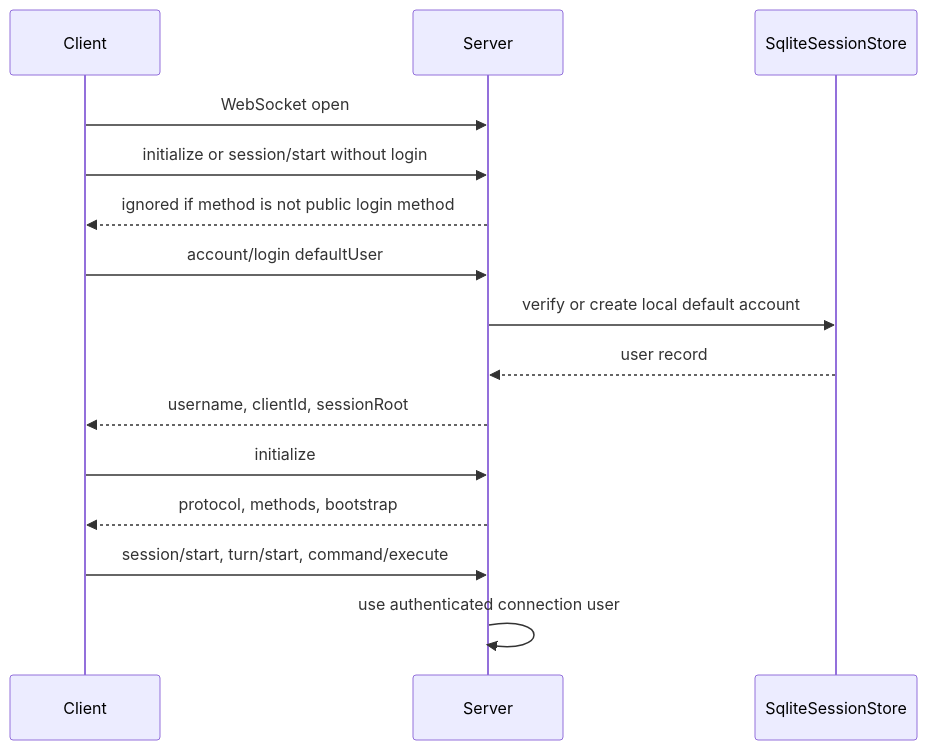
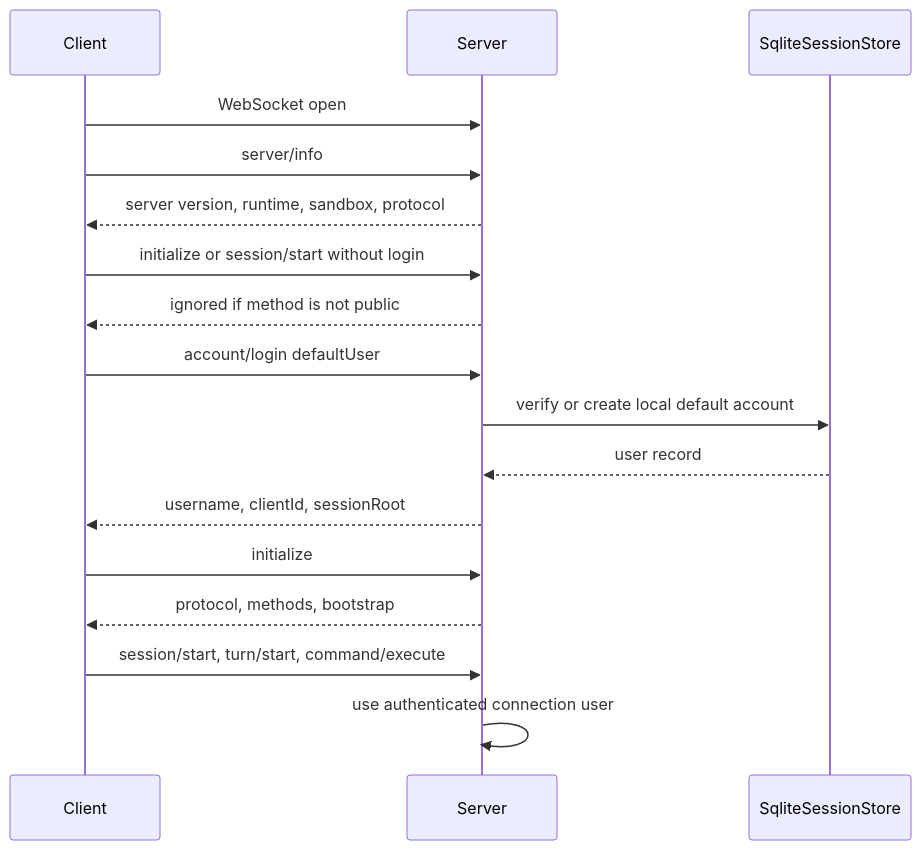
One commit to hikaMaeng/ndx changed the fifth of 20 diagrams in docs/system-architecture-ko.md. Above: the diagram before and after it, drawn with Mermaid. The commit also changed other lines of this file and 16 other files, not shown here.

Commit message:
Show server info before startup login

````diff
--- a/docs/system-architecture-ko.md
+++ b/docs/system-architecture-ko.md
@@ -192,18 +192,20 @@
 ```mermaid
 sequenceDiagram
   participant Client
   participant Server
   participant Store as SqliteSessionStore
 
   Client->>Server: WebSocket open
+  Client->>Server: server/info
+  Server-->>Client: server version, runtime, sandbox, protocol
   Client->>Server: initialize or session/start without login
-  Server-->>Client: ignored if method is not public login method
+  Server-->>Client: ignored if method is not public
   Client->>Server: account/login defaultUser
   Server->>Store: verify or create local default account
   Store-->>Server: user record
   Server-->>Client: username, clientId, sessionRoot
   Client->>Server: initialize
   Server-->>Client: protocol, methods, bootstrap
   Client->>Server: session/start, turn/start, command/execute
   Server->>Server: use authenticated connection user
 ```
````
